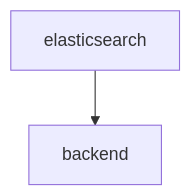
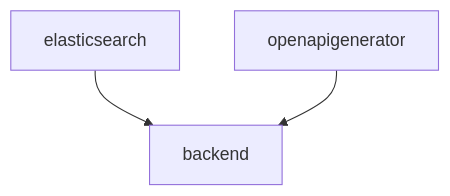
The diagram in services/backend/services/v4/README.md (SciCatProject/scicatlive), drawn with Mermaid before and after one commit. The commit also changed 14 other files, not shown here.

````diff
--- a/services/backend/services/v4/README.md
+++ b/services/backend/services/v4/README.md
@@ -45,4 +45,5 @@
 ```mermaid
 graph TD
     elasticsearch --> backend
+    openapigenerator --> backend
 ```
````
